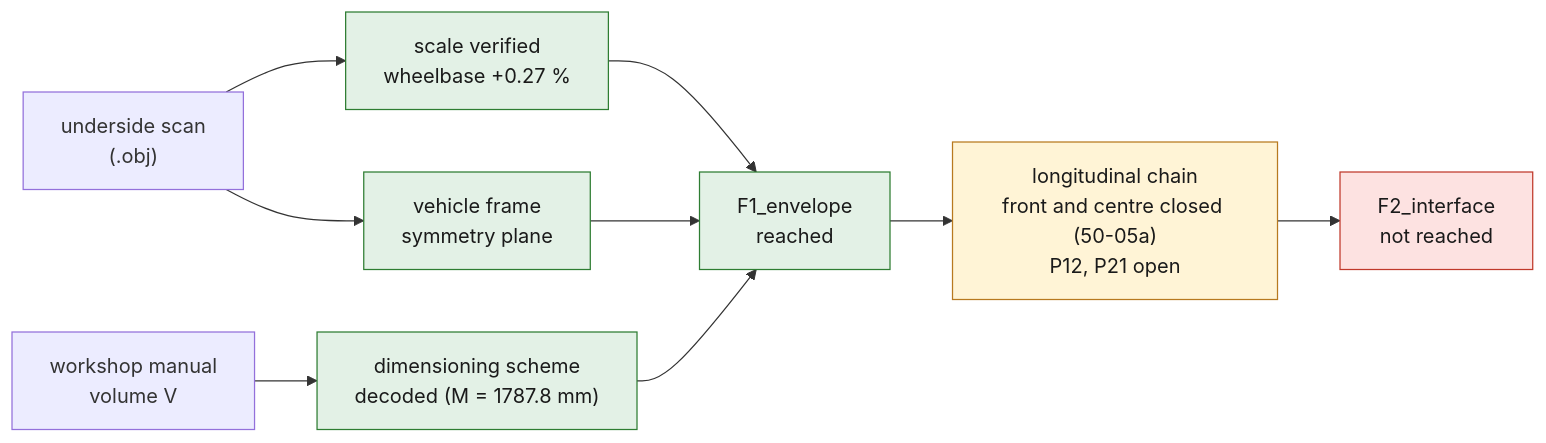
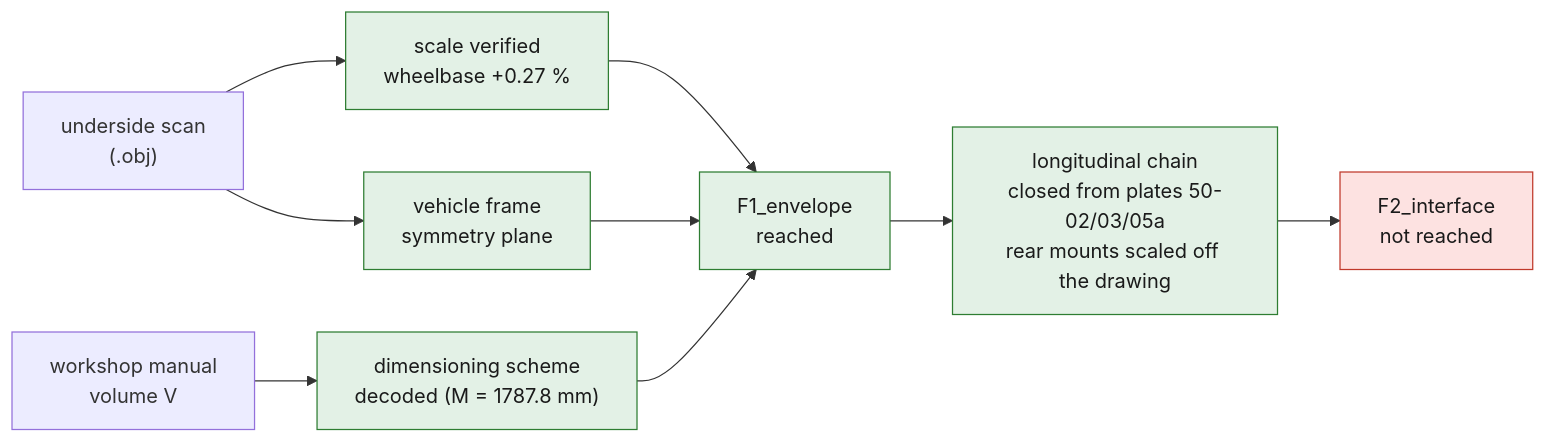
One commit to cluster2600/porscheparts changed the first of 2 diagrams in twins/964-chassis/README.md. Above: the diagram before and after it, drawn with Mermaid. The commit also changed other lines of this file and 13 other files, not shown here.

First line of the commit message:
feat(964): close the rear of the datum chain and scale the rear mounts

````diff
--- a/twins/964-chassis/README.md
+++ b/twins/964-chassis/README.md
@@ -6,17 +6,17 @@
 ```mermaid
 flowchart LR
   S["underside scan<br/>(.obj)"] --> SC["scale verified<br/>wheelbase +0.27 %"]
   S --> FR["vehicle frame<br/>symmetry plane"]
   M["workshop manual<br/>volume V"] --> DS["dimensioning scheme<br/>decoded (M = 1787.8 mm)"]
   SC --> F1["F1_envelope<br/>reached"]
   FR --> F1
   DS --> F1
-  F1 --> LC["longitudinal chain<br/>front and centre closed (50-05a)<br/>P12, P21 open"]
+  F1 --> LC["longitudinal chain<br/>closed from plates 50-02/03/05a<br/>rear mounts scaled off the drawing"]
   LC --> F2["F2_interface<br/>not reached"]
   classDef stop fill:#fde2e1,stroke:#c0392b,color:#1a1a1a;
   classDef ok fill:#e3f1e6,stroke:#2e7d32,color:#1a1a1a;
   classDef open fill:#fff4d6,stroke:#b7791f,color:#1a1a1a;
   class SC,FR,DS,F1 ok;
-  class LC open;
+  class LC ok;
   class F2 stop;
 ```
````
